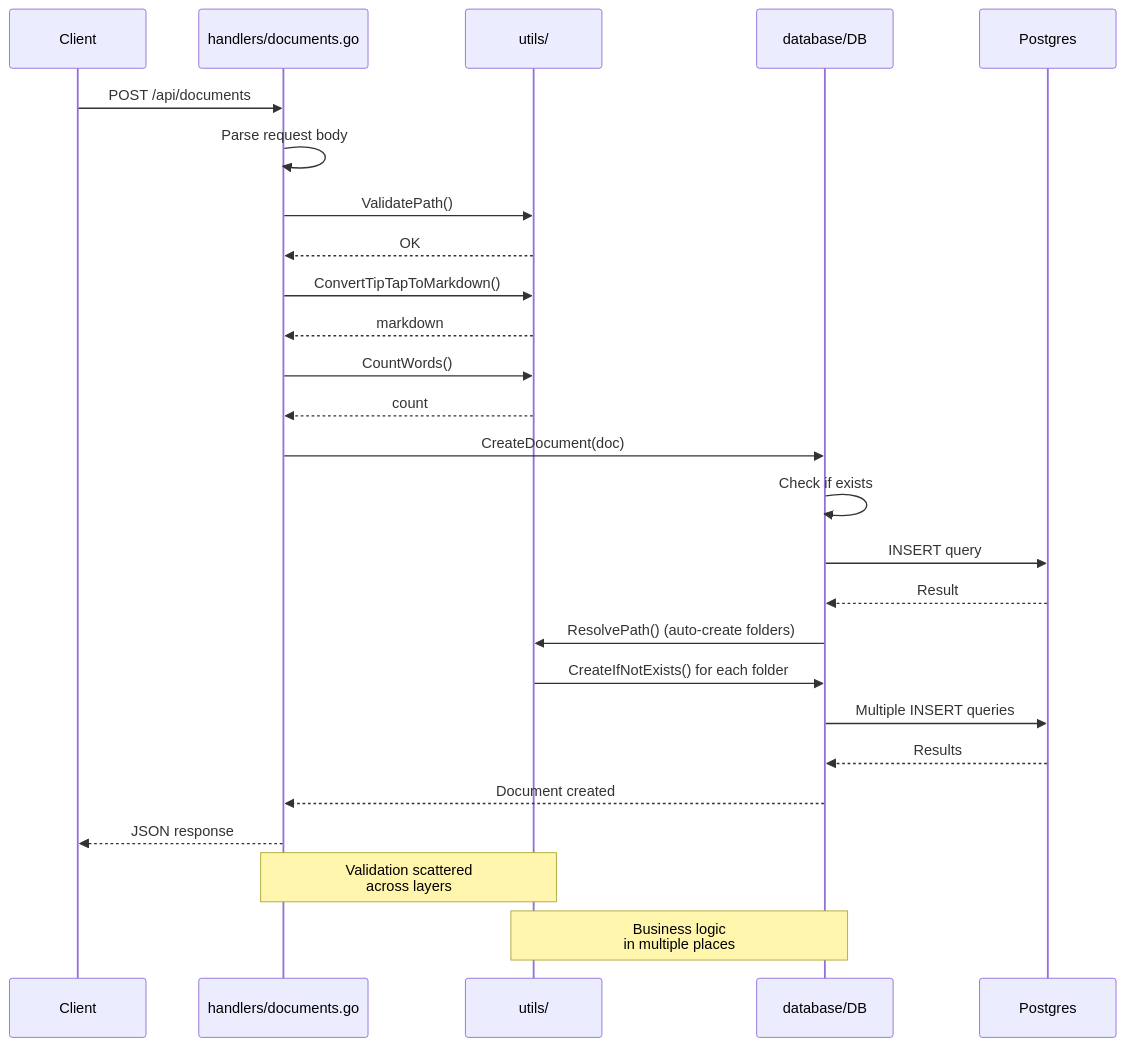
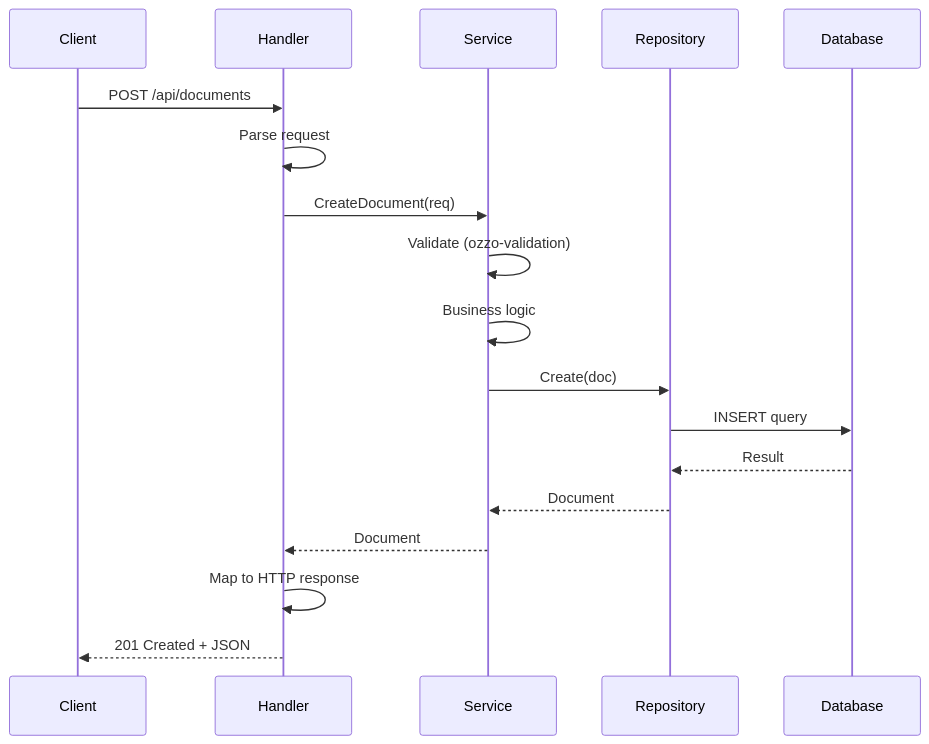
The second of 3 diagrams in _docs/technical/backend/clean-architecture-guide.md (haowjy/meridian), drawn with Mermaid before and after one commit. The commit also changed other lines of this file and 39 other files, not shown here.

````diff
--- a/_docs/technical/backend/clean-architecture-guide.md
+++ b/_docs/technical/backend/clean-architecture-guide.md
@@ -145,30 +49,23 @@
 ```mermaid
 sequenceDiagram
     participant Client
-    participant Handler as handlers/documents.go
-    participant Utils as utils/
-    participant DB as database/DB
-    participant Postgres
+    participant Handler
+    participant Service
+    participant Repository
+    participant Database
 
     Client->>Handler: POST /api/documents
-    Handler->>Handler: Parse request body
-    Handler->>Utils: ValidatePath()
-    Utils-->>Handler: OK
-    Handler->>Utils: ConvertTipTapToMarkdown()
-    Utils-->>Handler: markdown
-    Handler->>Utils: CountWords()
-    Utils-->>Handler: count
-    Handler->>DB: CreateDocument(doc)
-    DB->>DB: Check if exists
-    DB->>Postgres: INSERT query
-    Postgres-->>DB: Result
-    DB->>Utils: ResolvePath() (auto-create folders)
-    Utils->>DB: CreateIfNotExists() for each folder
-    DB->>Postgres: Multiple INSERT queries
-    Postgres-->>DB: Results
-    DB-->>Handler: Document created
-    Handler-->>Client: JSON response
+    Handler->>Handler: Parse request
+    Handler->>Service: CreateDocument(req)
 
-    Note over Handler,Utils: Validation scattered<br/>across layers
-    Note over DB,Utils: Business logic<br/>in multiple places
+    Service->>Service: Validate (ozzo-validation)
+    Service->>Service: Business logic
+    Service->>Repository: Create(doc)
+    Repository->>Database: INSERT query
+    Database-->>Repository: Result
+    Repository-->>Service: Document
+    Service-->>Handler: Document
+
+    Handler->>Handler: Map to HTTP response
+    Handler-->>Client: 201 Created + JSON
 ```
````
